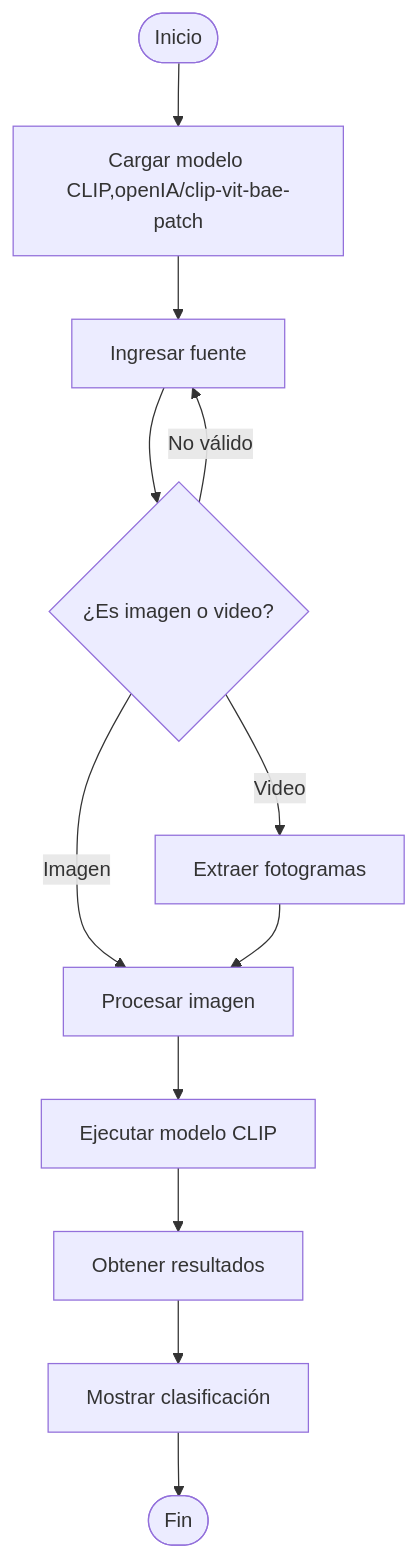
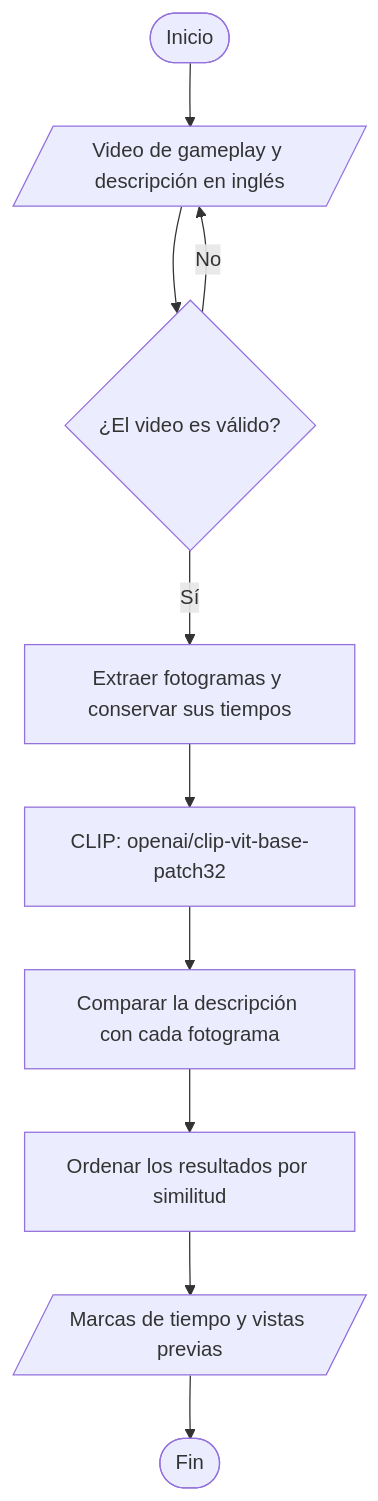
One commit to M4zapan77/-portafolio-herramientas-ia changed the diagram in practica-3/README.md. Above: the diagram before and after it, drawn with Mermaid. The commit also changed other lines of this file and 5 other files, not shown here.

Commit message:
Corrección de capturas de pantalla, portada, diagrama y tabla de comandos

````diff
--- a/practica-3/README.md
+++ b/practica-3/README.md
@@ -34,14 +28,12 @@
 ```mermaid
 flowchart TD
-    A([Inicio]) --> B[Cargar modelo CLIP,openIA/clip-vit-bae-patch]
-    B --> C[Ingresar fuente]
-    C --> D{¿Es imagen o video?}
-    D -->|Imagen| E[Procesar imagen]
-    D -->|Video| F[Extraer fotogramas]
-    D -->|No válido| C
-    F --> E
-    E --> G[Ejecutar modelo CLIP]
-    G --> H[Obtener resultados]
-    H --> I[Mostrar clasificación]
-    I --> J([Fin])
+    A([Inicio]) --> B[/Video de gameplay y descripción en inglés/]
+    B --> C{¿El video es válido?}
+    C -->|No| B
+    C -->|Sí| D[Extraer fotogramas y conservar sus tiempos]
+    D --> E["CLIP: openai/clip-vit-base-patch32"]
+    E --> F[Comparar la descripción con cada fotograma]
+    F --> G[Ordenar los resultados por similitud]
+    G --> H[/Marcas de tiempo y vistas previas/]
+    H --> I([Fin])
 ```
````
